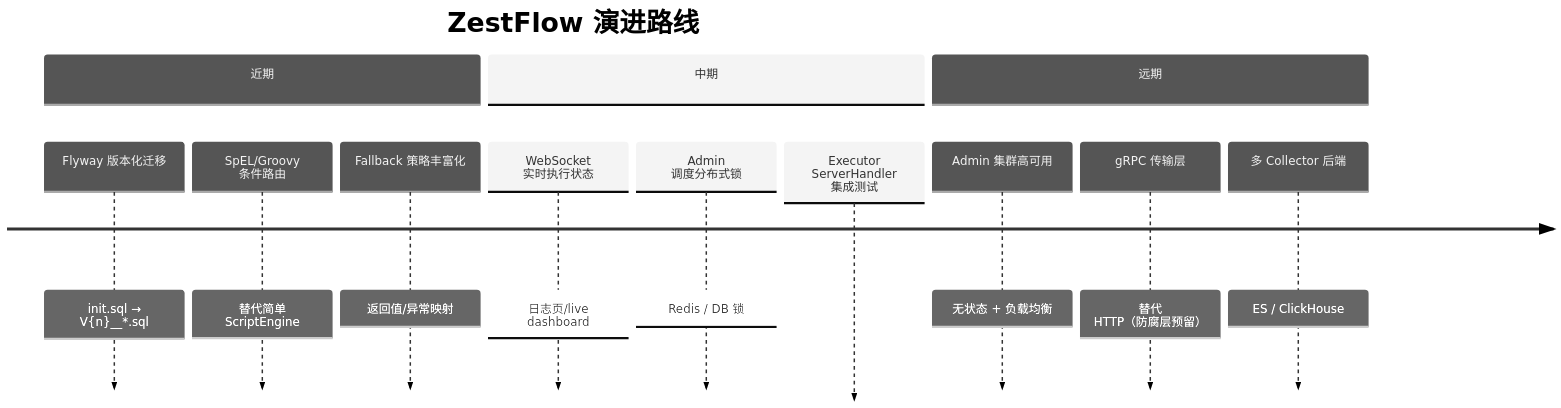
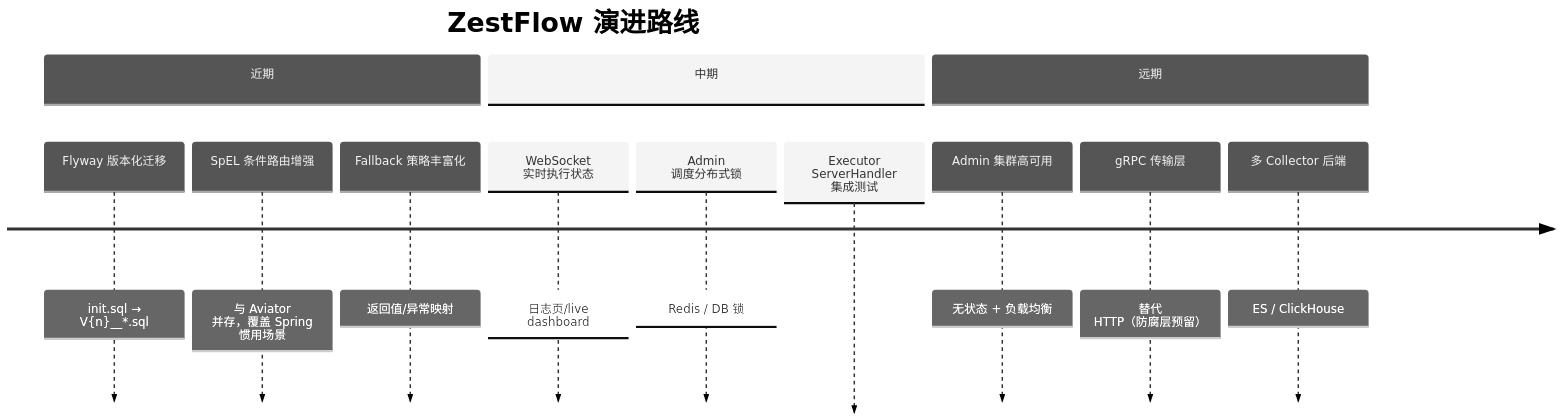
One commit to zestcc/zestflow changed diagram 38 of 38 in docs/ARCHITECTURE.md. Above: the diagram before and after it, drawn with Mermaid (neutral theme). The commit also changed other lines of this file and 56 other files, not shown here.

````diff
--- a/docs/ARCHITECTURE.md
+++ b/docs/ARCHITECTURE.md
@@ -1711,16 +1711,16 @@
 ```mermaid
 timeline
     title ZestFlow 演进路线
     section 近期
         Flyway 版本化迁移 : init.sql → V{n}__*.sql
-        SpEL/Groovy 条件路由 : 替代简单 ScriptEngine
+        SpEL 条件路由增强 : 与 Aviator 并存，覆盖 Spring 惯用场景
         Fallback 策略丰富化 : 返回值/异常映射
     section 中期
         WebSocket 实时执行状态 : 日志页/live dashboard
         Admin 调度分布式锁 : Redis / DB 锁
         Executor ServerHandler 集成测试
     section 远期
         Admin 集群高可用 : 无状态 + 负载均衡
         gRPC 传输层 : 替代 HTTP（防腐层预留）
         多 Collector 后端 : ES / ClickHouse
 ```
````
